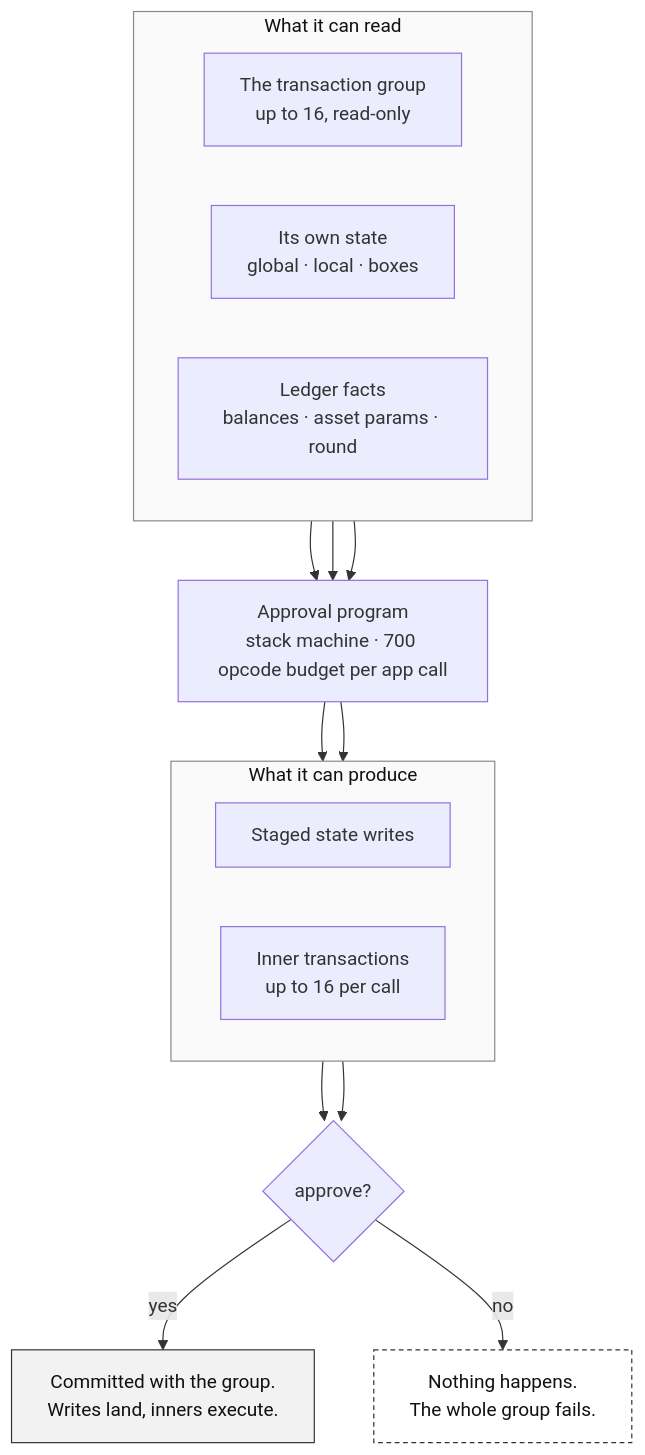
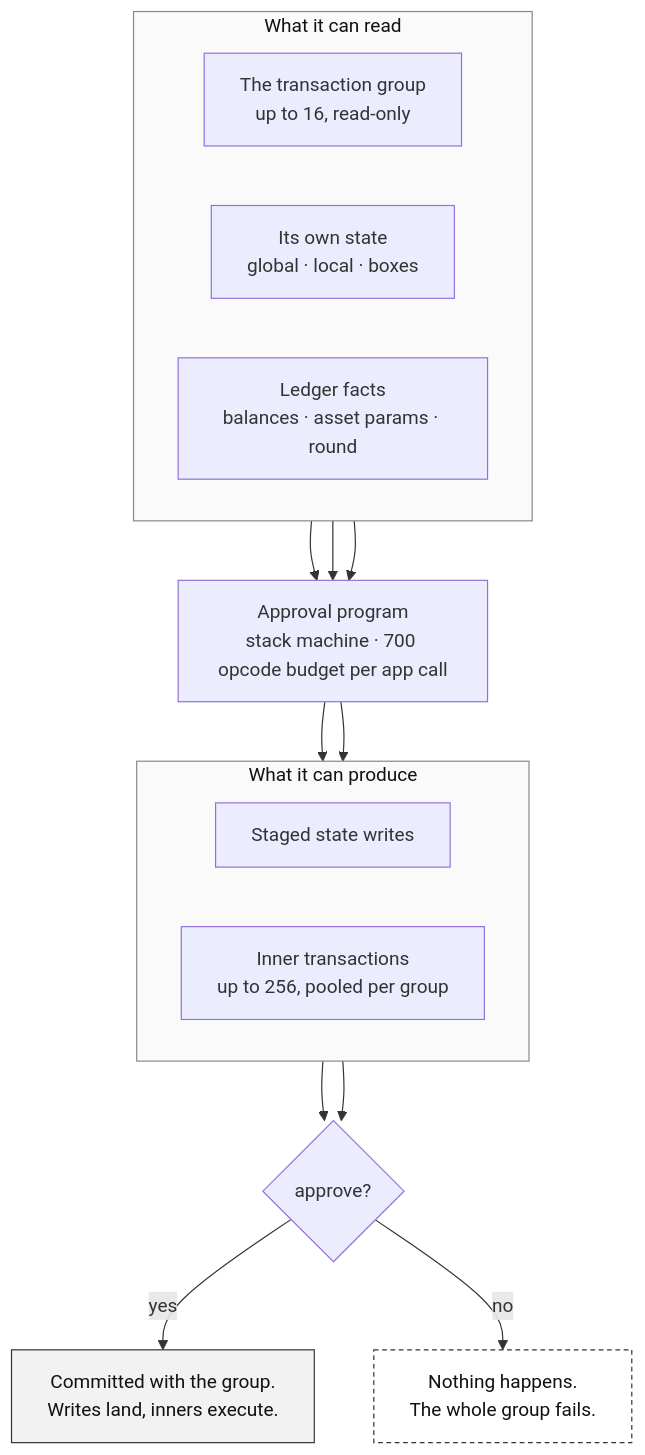
Before and after one commit to m1o1/building-on-algo: the diagram in figures/src/notional-machine.mmd, drawn with Mermaid. The commit also changed 22 other files, not shown here.

```diff
--- a/figures/src/notional-machine.mmd
+++ b/figures/src/notional-machine.mmd
@@ -1,39 +1,39 @@
 %% The notional machine: everything one app call can see, do, and change.
 %% Drawn as three bands because that is the order a reader has to learn them in
 %% -- what is readable, what runs, what only lands if the program approves.
 flowchart TB
     subgraph reads[" What it can read "]
         direction LR
         G["The transaction group<br/>up to 16, read-only"]
         S["Its own state<br/>global · local · boxes"]
         L["Ledger facts<br/>balances · asset params · round"]
     end
 
     P["Approval program<br/>stack machine · 700 opcode budget per app call"]
 
     subgraph writes[" What it can produce "]
         direction LR
         W["Staged state writes"]
-        I["Inner transactions<br/>up to 16 per call"]
+        I["Inner transactions<br/>up to 256, pooled per group"]
     end
 
     D{"approve?"}
     OK["Committed with the group.<br/>Writes land, inners execute."]
     NO["Nothing happens.<br/>The whole group fails."]
 
     G --> P
     S --> P
     L --> P
     P --> W
     P --> I
     W --> D
     I --> D
     D -->|yes| OK
     D -->|no| NO
 
     classDef band fill:#fafafa,stroke:#888888,color:#111111
     classDef ok fill:#f2f2f2,stroke:#333333,color:#111111
     classDef no fill:#ffffff,stroke:#333333,color:#111111,stroke-dasharray: 4 3
     class reads,writes band
     class OK ok
     class NO no
```
